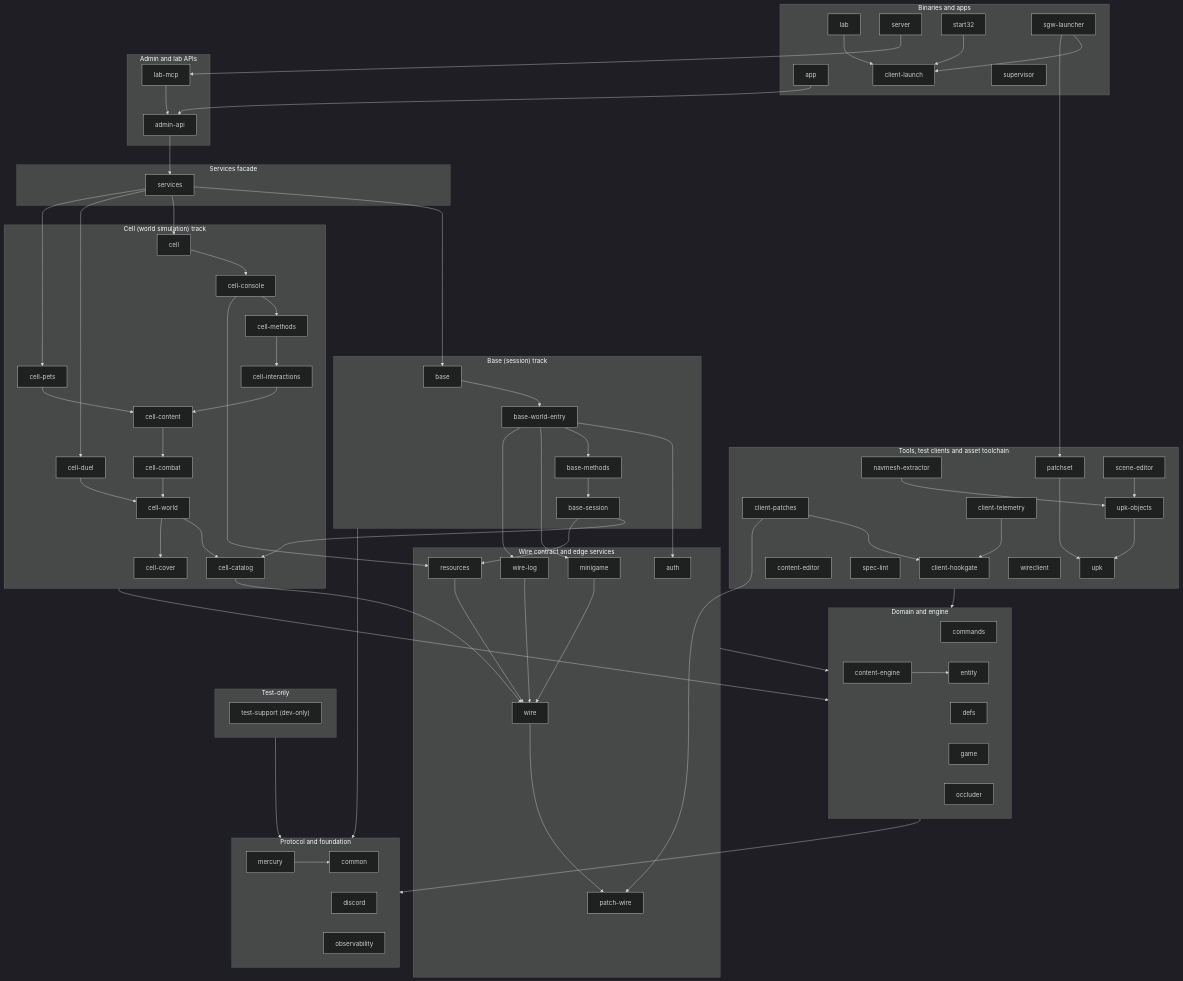
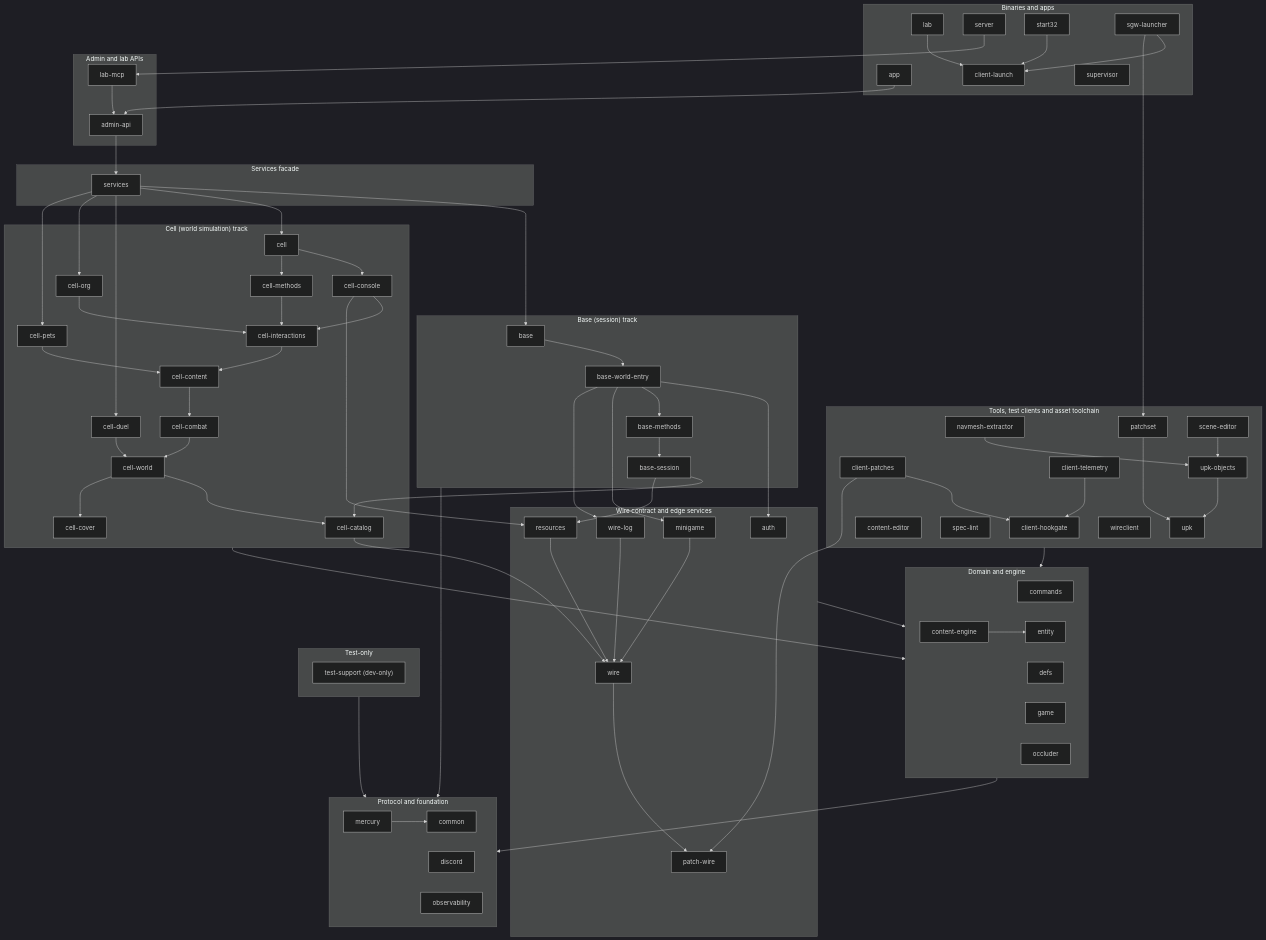
One commit to SandboxServers/Cimmeria changed the diagram in README.md. Above: the diagram before and after it, drawn with Mermaid (dark theme). The commit also changed other lines of this file and 4 other files, not shown here.

```diff
--- a/README.md
+++ b/README.md
@@ -124,6 +124,7 @@
         cellDuel["cell-duel"]
         cellInteractions["cell-interactions"]
         cellMethods["cell-methods"]
+        cellOrg["cell-org"]
         cellPets["cell-pets"]
         cellWorld["cell-world"]
     end
@@ -182,14 +183,16 @@
     baseWorldEntry --> minigame
     baseWorldEntry --> wireLog
     cell --> cellConsole
+    cell --> cellMethods
     cellCatalog --> wire
     cellCombat --> cellWorld
-    cellConsole --> cellMethods
+    cellConsole --> cellInteractions
     cellConsole --> resources
     cellContent --> cellCombat
     cellDuel --> cellWorld
     cellInteractions --> cellContent
     cellMethods --> cellInteractions
+    cellOrg --> cellInteractions
     cellPets --> cellContent
     cellWorld --> cellCatalog
     cellWorld --> cellCover
@@ -209,6 +212,7 @@
     services --> base
     services --> cell
     services --> cellDuel
+    services --> cellOrg
     services --> cellPets
     start32 --> clientLaunch
     upkObjects --> upk
```
